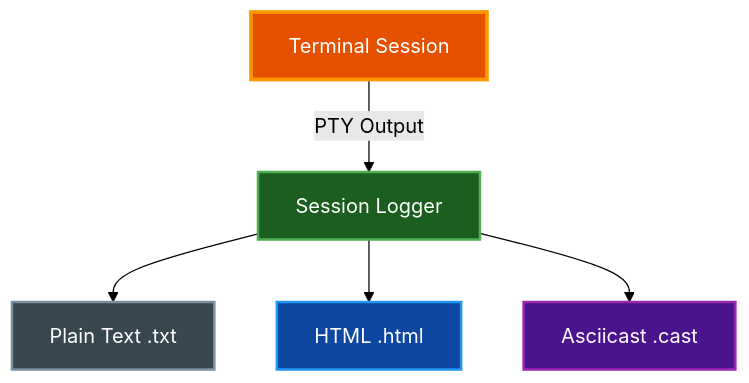
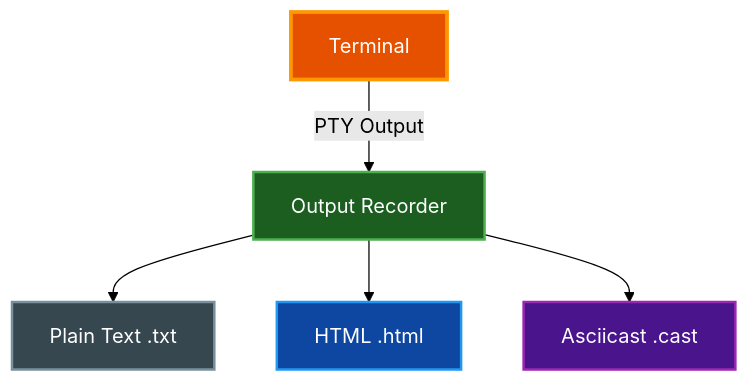
One commit to paulrobello/par-term changed the diagram in docs/features/SESSION_LOGGING.md. Above: the diagram before and after it, drawn with Mermaid (forest theme). The commit also changed other lines of this file and 83 other files, not shown here.

````diff
--- a/docs/features/SESSION_LOGGING.md
+++ b/docs/features/SESSION_LOGGING.md
@@ -20,25 +20,25 @@
 ```mermaid
 graph TD
-    Session[Terminal Session]
-    Logger[Session Logger]
+    Session[Terminal]
+    Logger[Output Recorder]
     Plain[Plain Text .txt]
     HTML[HTML .html]
     Asciicast[Asciicast .cast]
 
     Session -->|PTY Output| Logger
     Logger --> Plain
     Logger --> HTML
     Logger --> Asciicast
 
     class Session primary
     class Logger active
     class Plain neutral
     class HTML data
     class Asciicast external
 
     classDef primary fill:#e65100,stroke:#ff9800,stroke-width:3px,color:#ffffff
     classDef active fill:#1b5e20,stroke:#4caf50,stroke-width:2px,color:#ffffff
     classDef neutral fill:#37474f,stroke:#78909c,stroke-width:2px,color:#ffffff
     classDef data fill:#0d47a1,stroke:#2196f3,stroke-width:2px,color:#ffffff
     classDef external fill:#4a148c,stroke:#9c27b0,stroke-width:2px,color:#ffffff
 ```
````
